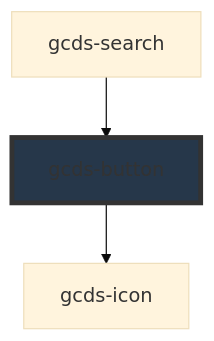
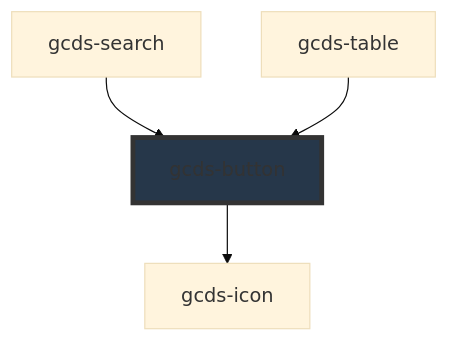
Before and after one commit to cds-snc/gcds-components: the diagram in packages/web/src/components/gcds-button/readme.md, drawn with Mermaid (base theme). The commit also changed other lines of this file and 9 other files, not shown here.

````diff
--- a/packages/web/src/components/gcds-button/readme.md
+++ b/packages/web/src/components/gcds-button/readme.md
@@ -54,6 +55,7 @@
 ```mermaid
 graph TD;
   gcds-button --> gcds-icon
   gcds-search --> gcds-button
+  gcds-table --> gcds-button
   style gcds-button fill:#26374a,stroke:#333,stroke-width:4px
 ```
````
